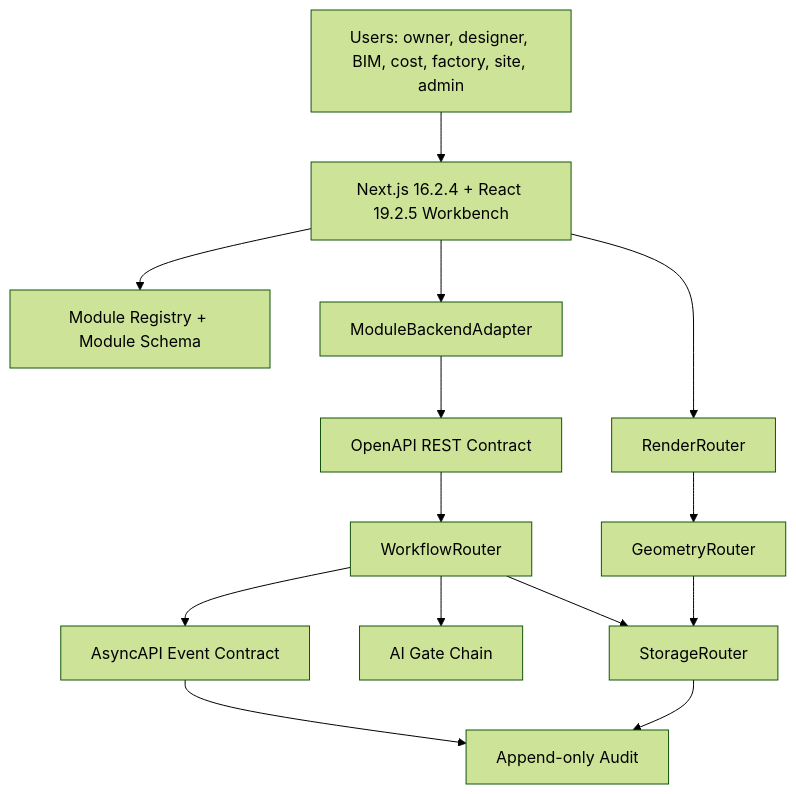
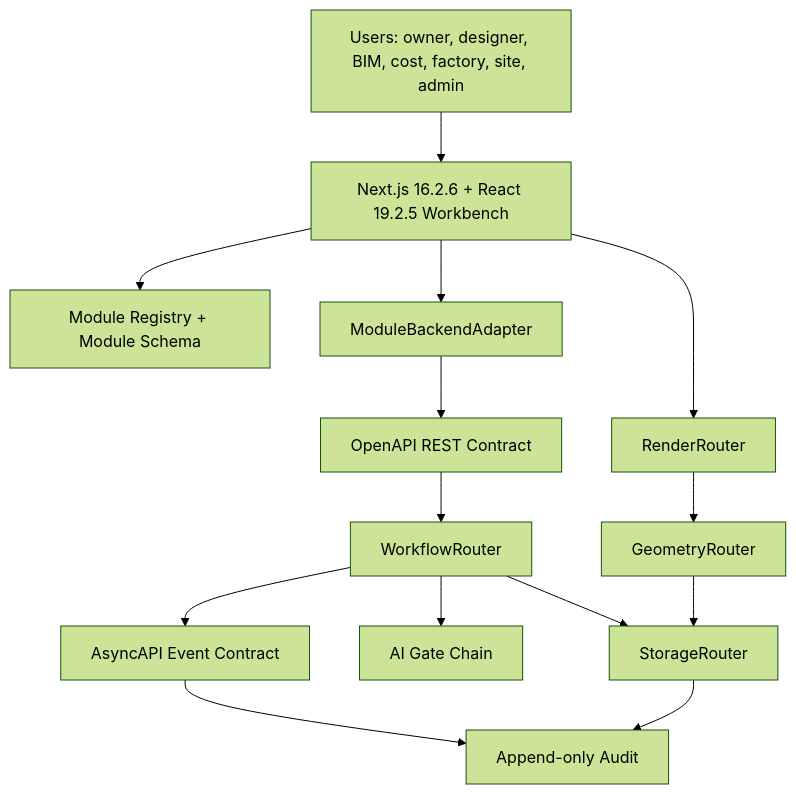
One commit to ActiveInAI/ArchIToken changed the first of 12 diagrams in docs/04_ARCHITOKEN_PANORAMA.md. Above: the diagram before and after it, drawn with Mermaid (forest theme). The commit also changed other lines of this file and 15 other files, not shown here.

````diff
--- a/docs/04_ARCHITOKEN_PANORAMA.md
+++ b/docs/04_ARCHITOKEN_PANORAMA.md
@@ -11,29 +11,29 @@
 ```mermaid
 flowchart TB
   User["Users: owner, designer, BIM, cost, factory, site, admin"]
-  UI["Next.js 16.2.4 + React 19.2.5 Workbench"]
+  UI["Next.js 16.2.6 + React 19.2.5 Workbench"]
   ModuleRegistry["Module Registry + Module Schema"]
   Adapter["ModuleBackendAdapter"]
   API["OpenAPI REST Contract"]
   Events["AsyncAPI Event Contract"]
   Workflow["WorkflowRouter"]
   AI["AI Gate Chain"]
   Storage["StorageRouter"]
   Render["RenderRouter"]
   Geometry["GeometryRouter"]
   Audit["Append-only Audit"]
 
   User --> UI
   UI --> ModuleRegistry
   UI --> Adapter
   Adapter --> API
   API --> Workflow
   Workflow --> AI
   Workflow --> Storage
   Workflow --> Events
   Events --> Audit
   Storage --> Audit
   UI --> Render
   Render --> Geometry
   Geometry --> Storage
 ```
````
